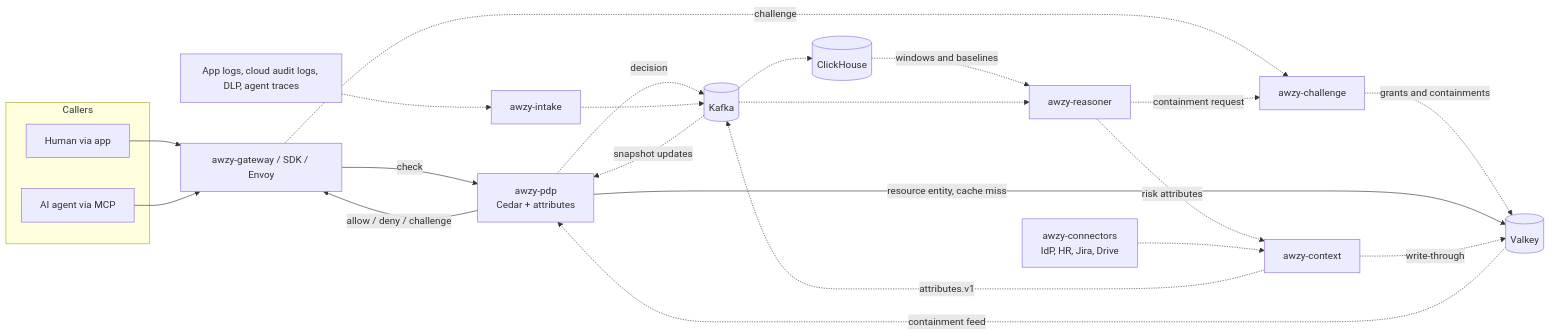
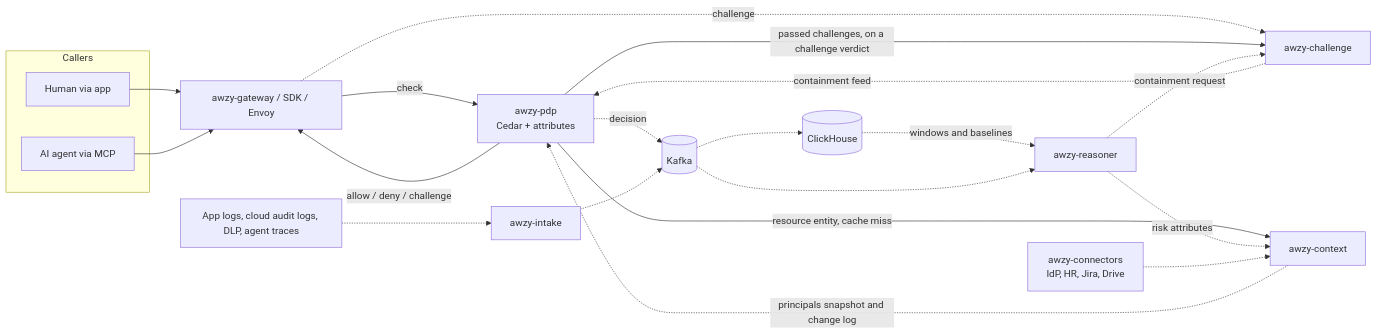
One commit to maxh/awzy-security changed the first of 2 diagrams in docs/plans/platform-plan.md. Above: the diagram before and after it, drawn with Mermaid. The commit also changed other lines of this file and 31 other files, not shown here.

````diff
--- a/docs/plans/platform-plan.md
+++ b/docs/plans/platform-plan.md
@@ -186,26 +186,24 @@
 ```mermaid
 flowchart LR
   subgraph Callers
     H[Human via app]
     A[AI agent via MCP]
   end
   H --> GW[awzy-gateway / SDK / Envoy]
   A --> GW
   GW -->|check| PDP[awzy-pdp<br>Cedar + attributes]
   PDP -->|allow / deny / challenge| GW
   GW -.->|challenge| CH[awzy-challenge]
-  CH -.->|grants and containments| VK[(Valkey)]
-  VK -.->|containment feed| PDP
-  PDP -->|resource entity, cache miss| VK
+  PDP -->|passed challenges, on a challenge verdict| CH
+  CH -.->|containment feed| PDP
+  PDP -->|resource entity, cache miss| CTX[awzy-context]
   PDP -.->|decision| K[(Kafka)]
   SRC[App logs, cloud audit logs, DLP, agent traces] -.-> IN[awzy-intake] -.-> K
   K -.-> CHDB[(ClickHouse)]
   CHDB -.->|windows and baselines| RS[awzy-reasoner]
   K -.-> RS
-  RS -.->|risk attributes| CTX[awzy-context]
+  RS -.->|risk attributes| CTX
   RS -.->|containment request| CH
   CON[awzy-connectors<br>IdP, HR, Jira, Drive] -.-> CTX
-  CTX -.->|write-through| VK
-  CTX -.->|attributes.v1| K
-  K -.->|snapshot updates| PDP
+  CTX -.->|principals snapshot and change log| PDP
 ```
````
